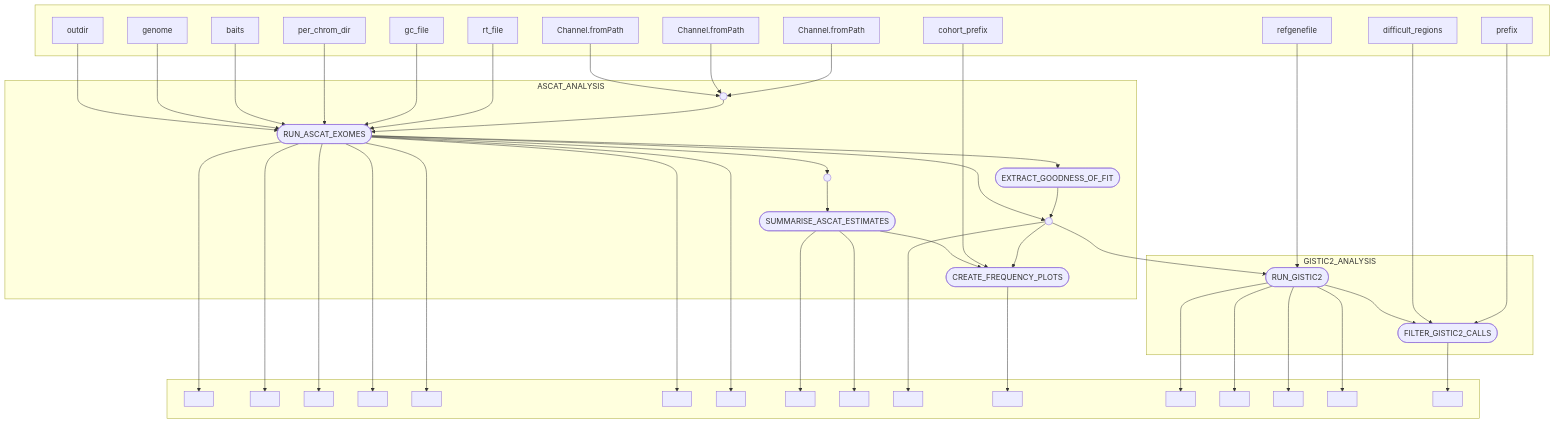
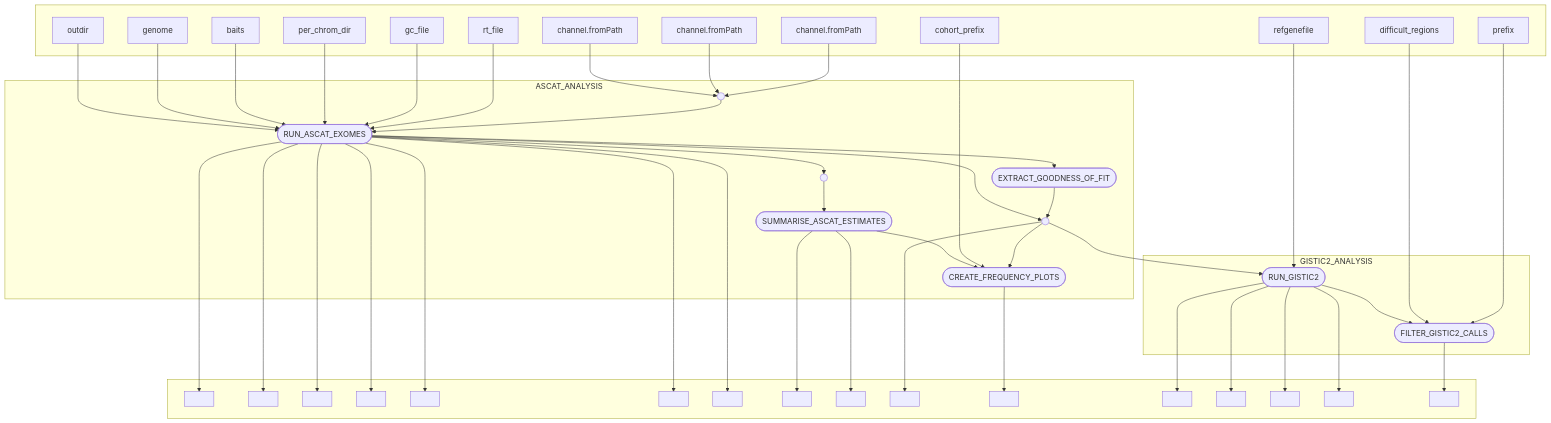
The diagram in README.md (team113sanger/dermatlas_copy_number_nf), drawn with Mermaid before and after one commit. The commit also changed 2 other files, not shown here.

Commit message:
Fix channels for strict syntax

````diff
--- a/README.md
+++ b/README.md
@@ -105,9 +105,9 @@
 ```mermaid
 flowchart TB
     subgraph " "
-    v0["Channel.fromPath"]
-    v1["Channel.fromPath"]
-    v2["Channel.fromPath"]
+    v0["channel.fromPath"]
+    v1["channel.fromPath"]
+    v2["channel.fromPath"]
     v18["outdir"]
     v19["genome"]
     v20["baits"]
````
